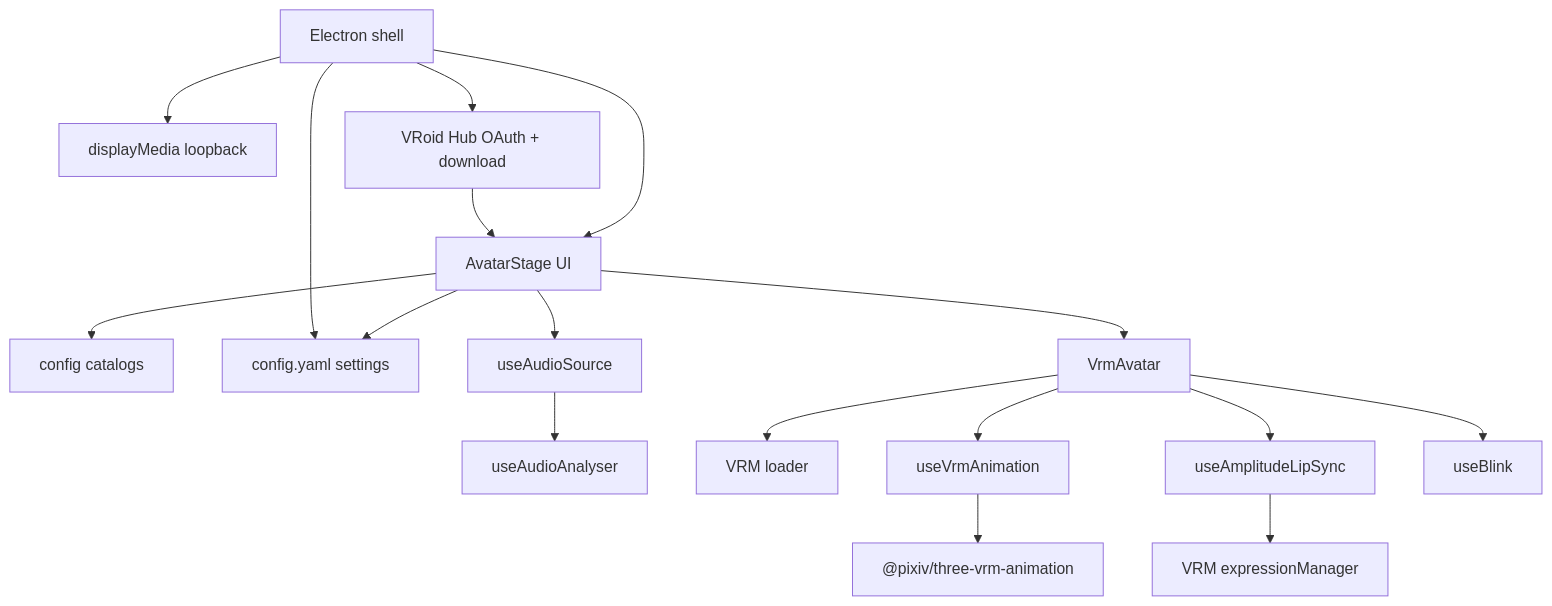
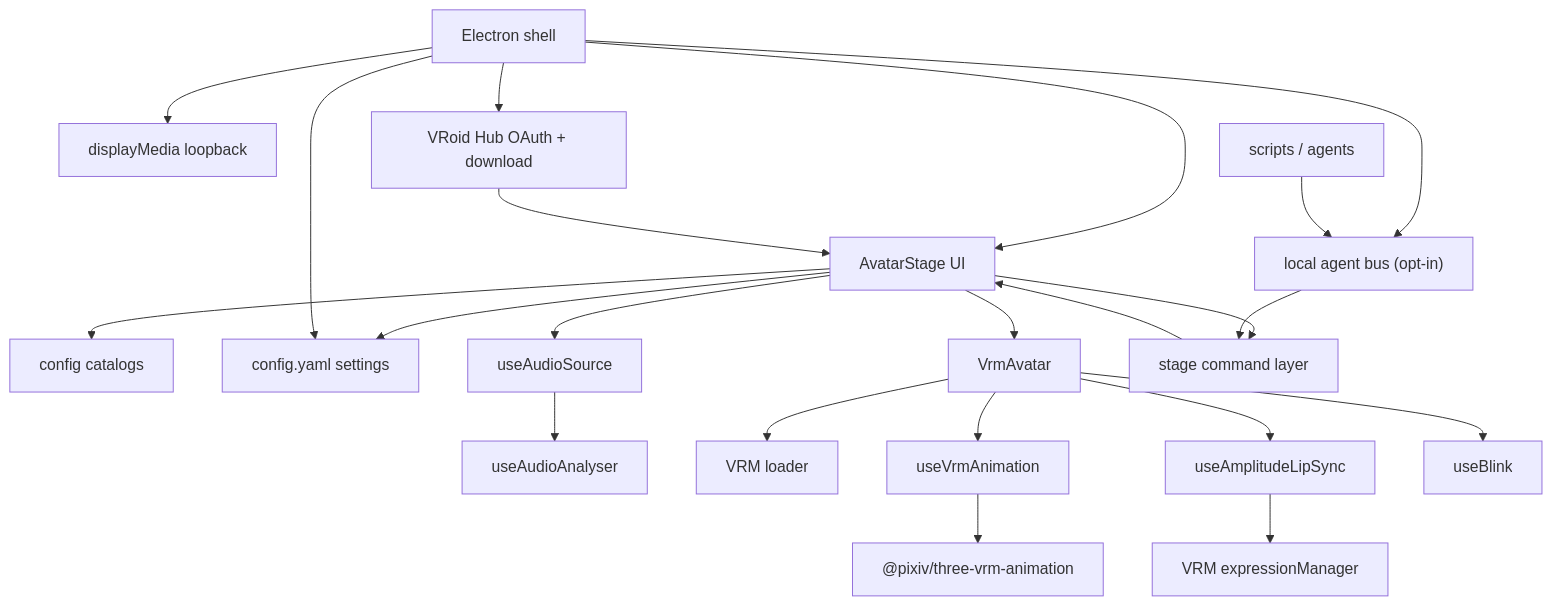
One commit to ARPAHLS/avatar changed the diagram in docs/architecture/overview.md. Above: the diagram before and after it, drawn with Mermaid. The commit also changed other lines of this file and 24 other files, not shown here.

First line of the commit message:
feat(agent-bus): local loopback command API for agents and scripts (#55)

````diff
--- a/docs/architecture/overview.md
+++ b/docs/architecture/overview.md
@@ -3,19 +3,24 @@
 ```mermaid
 flowchart TB
     UI[AvatarStage UI] --> Config[config catalogs]
     UI --> Persist[config.yaml settings]
     UI --> Audio[useAudioSource]
     Audio --> Analyser[useAudioAnalyser]
     UI --> Avatar[VrmAvatar]
     Avatar --> VRM[VRM loader]
     Avatar --> VRMA[useVrmAnimation]
     Avatar --> Lip[useAmplitudeLipSync]
     Avatar --> Blink[useBlink]
     VRMA --> Pixiv["@pixiv/three-vrm-animation"]
     Lip --> Expressions[VRM expressionManager]
+    UI --> Commands[stage command layer]
     Electron[Electron shell] --> UI
     Electron --> Persist
     Electron --> Loopback[displayMedia loopback]
     Electron --> Vroid[VRoid Hub OAuth + download]
     Vroid --> UI
+    Electron --> Bus["local agent bus (opt-in)"]
+    Agents[scripts / agents] --> Bus
+    Bus --> Commands
+    Commands --> UI
 ```
````
